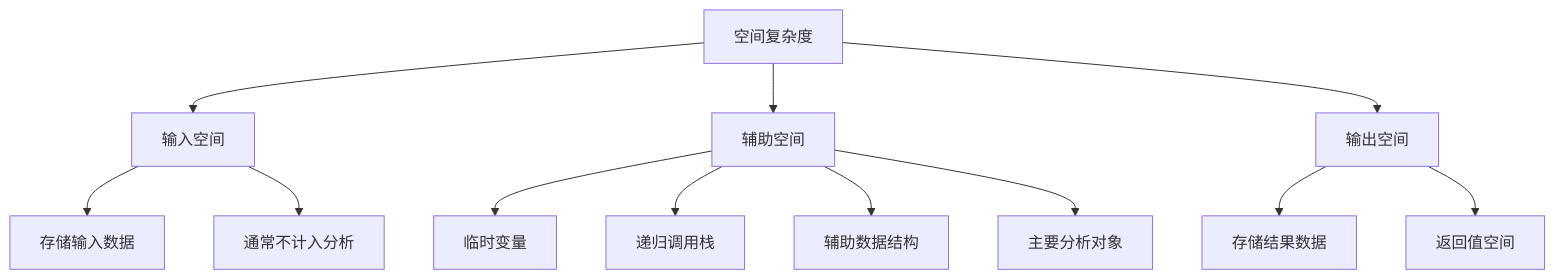
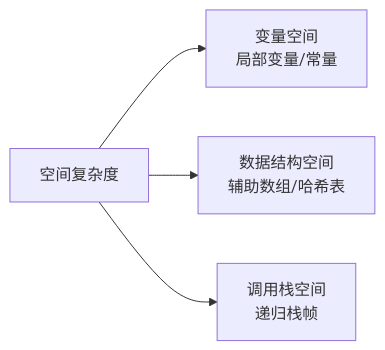
Before and after one commit to chongyang211/YCBookBlog: the second of 2 diagrams in 00.通用技术的提升/08.数据结构算法/01.数据结构算法指导.md, drawn with Mermaid. The commit also changed other lines of this file and 194 other files, not shown here.

````diff
--- a/00.通用技术的提升/08.数据结构算法/01.数据结构算法指导.md
+++ b/00.通用技术的提升/08.数据结构算法/01.数据结构算法指导.md
@@ -924,18 +304,6 @@
 ```mermaid
-graph TD
-    A[空间复杂度] --> B[输入空间]
-    A --> C[辅助空间]
-    A --> D[输出空间]
-    
-    B --> B1[存储输入数据]
-    B --> B2[通常不计入分析]
-    
-    C --> C1[临时变量]
-    C --> C2[递归调用栈]
-    C --> C3[辅助数据结构]
-    
-    D --> D1[存储结果数据]
-    D --> D2[返回值空间]
-    
-    C --> E[主要分析对象]
+graph LR
+    A[空间复杂度] --> B[变量空间<br/>局部变量/常量]
+    A --> C[数据结构空间<br/>辅助数组/哈希表]
+    A --> D[调用栈空间<br/>递归栈帧]
 ```
````
